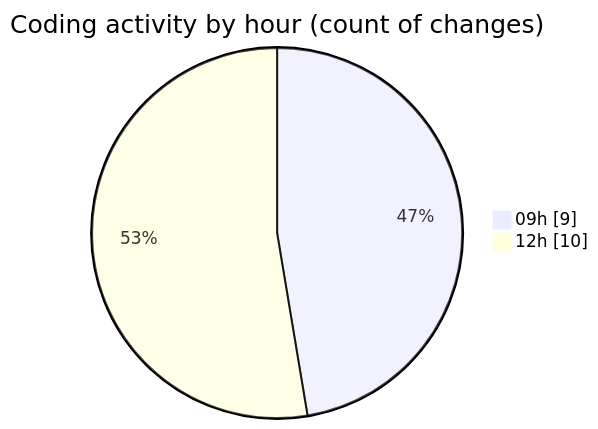
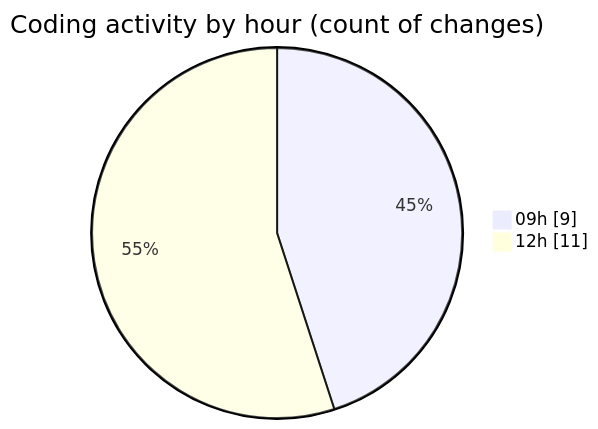
Before and after one commit to LanceThiago/code-tracking: the second of 2 diagrams in 2026-09-14/web/README.md, drawn with Mermaid. The commit also changed other lines of this file and 1 other file, not shown here.

````diff
--- a/2026-09-14/web/README.md
+++ b/2026-09-14/web/README.md
@@ -29,6 +29,6 @@
 ```mermaid
 pie showData
 title Coding activity by hour (count of changes)
 "09h" : 9
-"12h" : 10
+"12h" : 11
 ```
````
